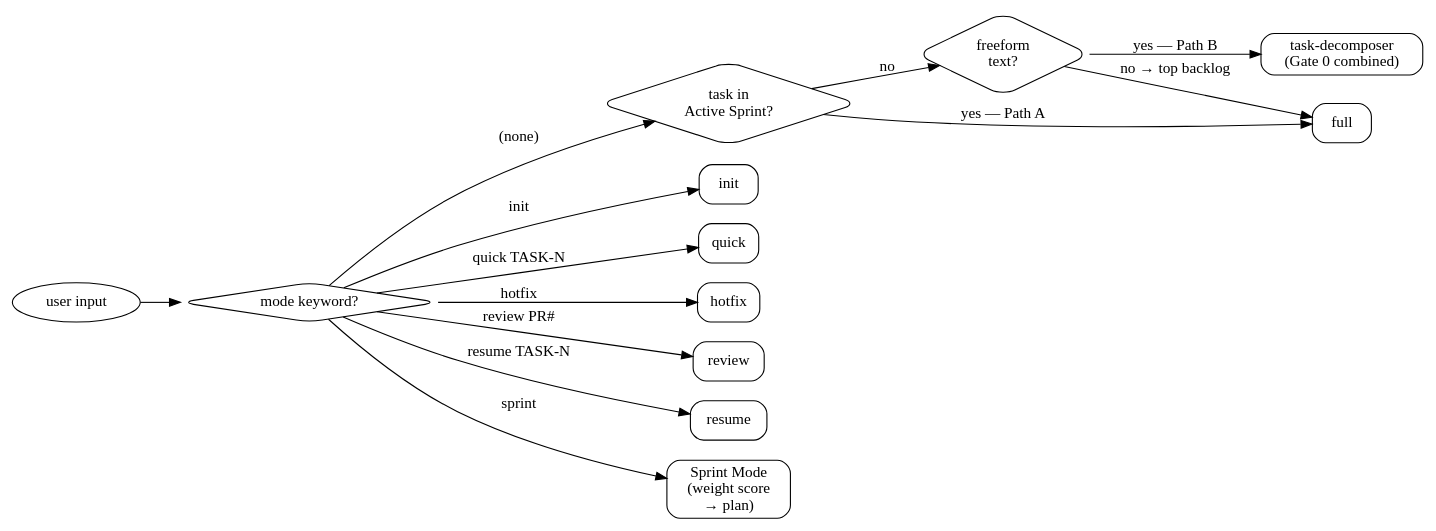
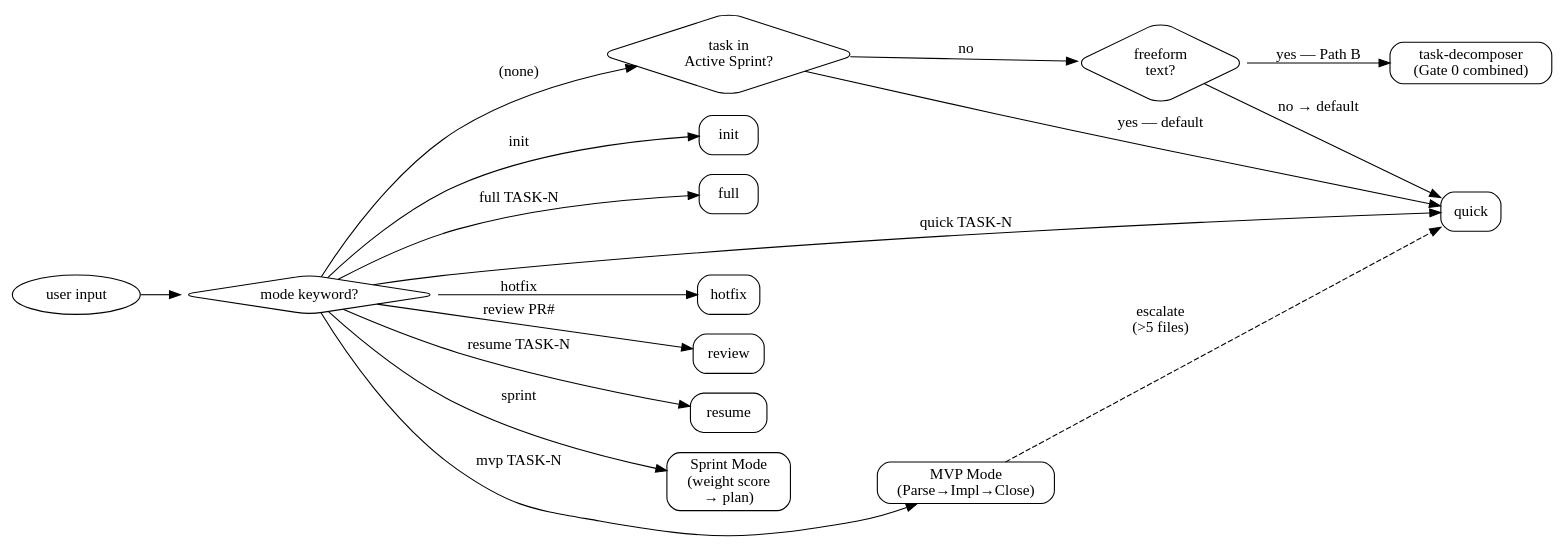
One commit to aldianriski/dev-flow changed the diagram in .claude/skills/dev-flow/SKILL.md. Above: the diagram before and after it, drawn with Graphviz. The commit also changed other lines of this file and 7 other files, not shown here.

````diff
--- a/.claude/skills/dev-flow/SKILL.md
+++ b/.claude/skills/dev-flow/SKILL.md
@@ -29,24 +30,28 @@
 ```dot
 digraph dev_flow {
   rankdir=LR; node [shape=box, style=rounded];
   input [shape=ellipse, label="user input"];
   kw    [shape=diamond, label="mode keyword?"];
   task  [shape=diamond, label="task in\nActive Sprint?"];
   free  [shape=diamond, label="freeform\ntext?"];
 
   input -> kw;
   kw -> init   [label="init"];
+  kw -> full   [label="full TASK-N"];
   kw -> quick  [label="quick TASK-N"];
   kw -> hotfix [label="hotfix"];
   kw -> review [label="review PR#"];
   kw -> resume [label="resume TASK-N"];
   kw -> sprint [label="sprint"];
+  kw -> mvp   [label="mvp TASK-N"];
   kw -> task   [label="(none)"];
-  task -> full      [label="yes — Path A"];
+  mvp [label="MVP Mode\n(Parse→Impl→Close)"];
+  mvp -> quick [label="escalate\n(>5 files)", style=dashed];
+  task -> quick     [label="yes — default"];
   task -> free      [label="no"];
   free -> decompose [label="yes — Path B"];
-  free -> full      [label="no → top backlog"];
+  free -> quick     [label="no → default"];
   decompose [label="task-decomposer\n(Gate 0 combined)"];
   sprint [label="Sprint Mode\n(weight score\n→ plan)"];
 }
 ```
````
